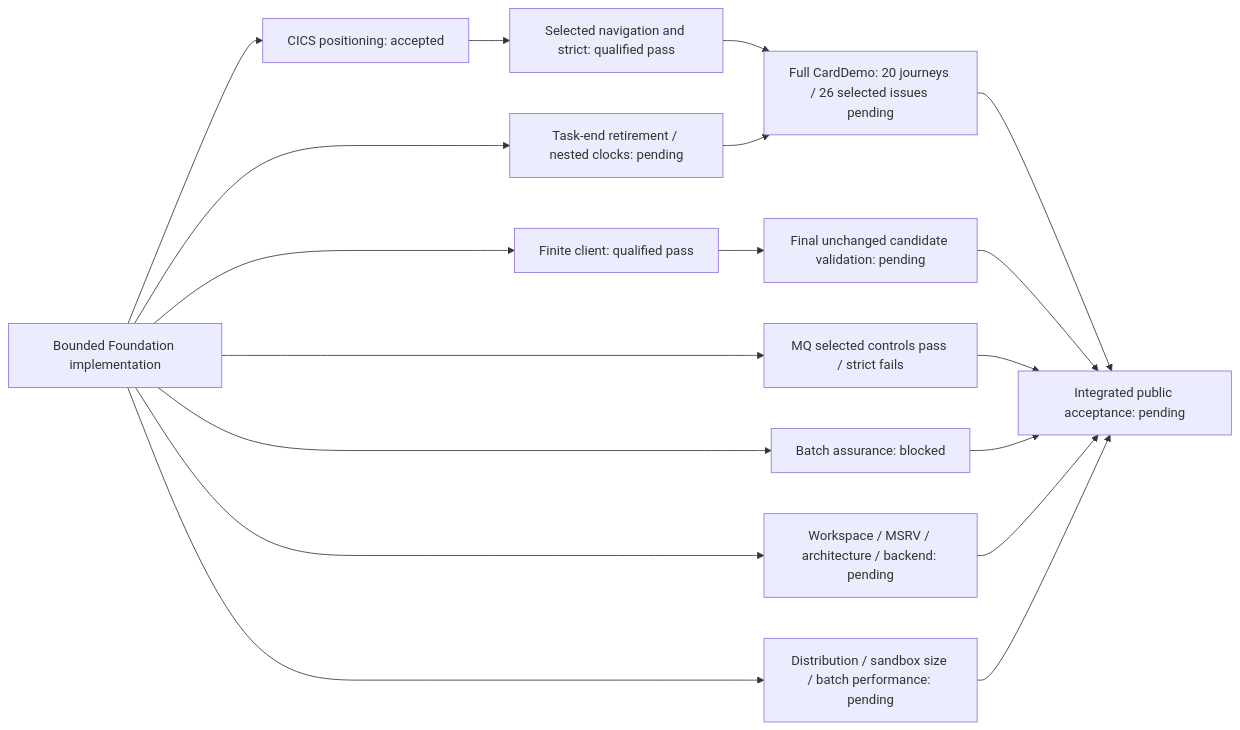
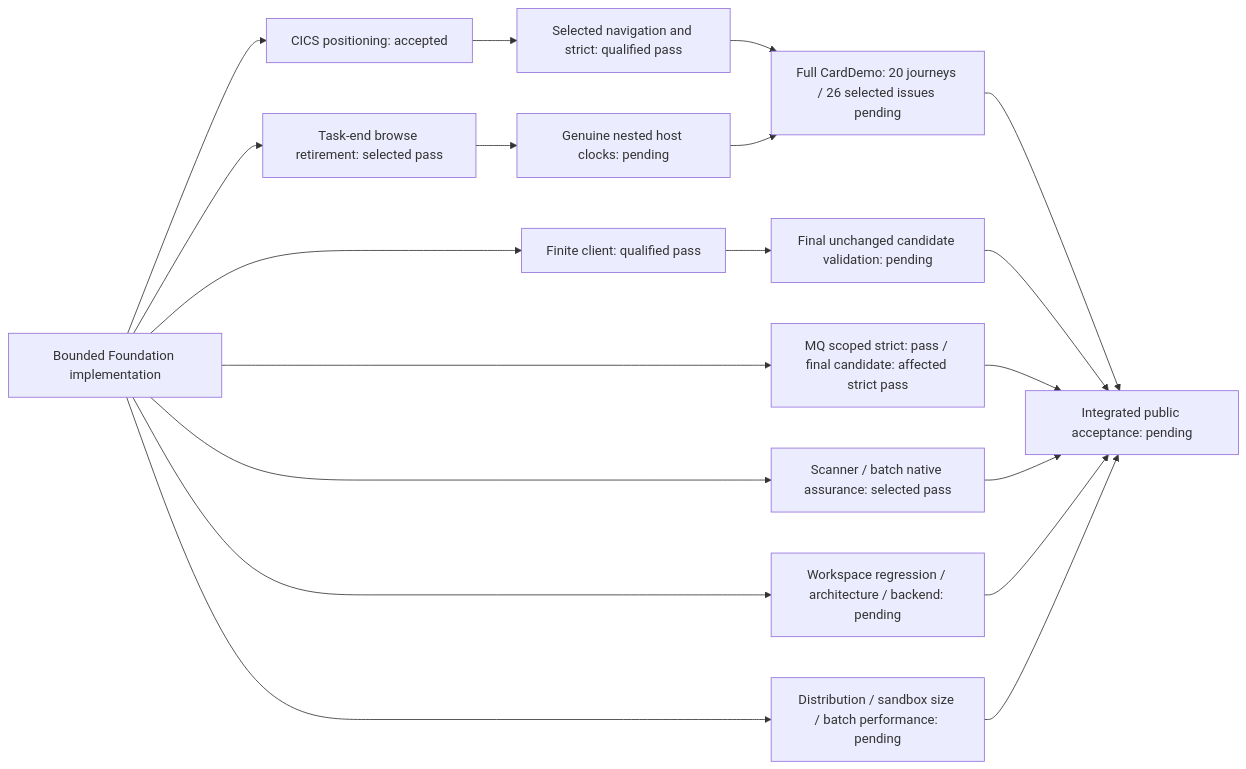
Before and after one commit to toreleon/mainframe-env: the diagram in docs/delivery/subsystems/coverage/foundation-status.md, drawn with Mermaid. The commit also changed other lines of this file and 2 other files, not shown here.

First line of the commit message:
Complete CV-209.foundation-final-status

````diff
--- a/docs/delivery/subsystems/coverage/foundation-status.md
+++ b/docs/delivery/subsystems/coverage/foundation-status.md
@@ -29,20 +29,21 @@
 ```mermaid
 flowchart LR
     Foundation["Bounded Foundation implementation"] --> CICS["CICS positioning: accepted"]
     CICS --> NAV["Selected navigation and strict: qualified pass"]
     NAV --> App["Full CardDemo: 20 journeys / 26 selected issues pending"]
-    Foundation --> Retirement["Task-end retirement / nested clocks: pending"]
-    Retirement --> App
+    Foundation --> Retirement["Task-end browse retirement: selected pass"]
+    Retirement --> Clocks["Genuine nested host clocks: pending"]
+    Clocks --> App
     Foundation --> Client["Finite client: qualified pass"]
     Client --> Candidate["Final unchanged candidate validation: pending"]
-    Foundation --> MQ["MQ selected controls pass / strict fails"]
-    Foundation --> Batch["Batch assurance: blocked"]
-    Foundation --> Workspace["Workspace / MSRV / architecture / backend: pending"]
+    Foundation --> MQ["MQ scoped strict: pass / final candidate: affected strict pass"]
+    Foundation --> Batch["Scanner / batch native assurance: selected pass"]
+    Foundation --> Workspace["Workspace regression / architecture / backend: pending"]
     Foundation --> Distribution["Distribution / sandbox size / batch performance: pending"]
     App --> Exit["Integrated public acceptance: pending"]
     Candidate --> Exit
     MQ --> Exit
     Batch --> Exit
     Workspace --> Exit
     Distribution --> Exit
 ```
````
